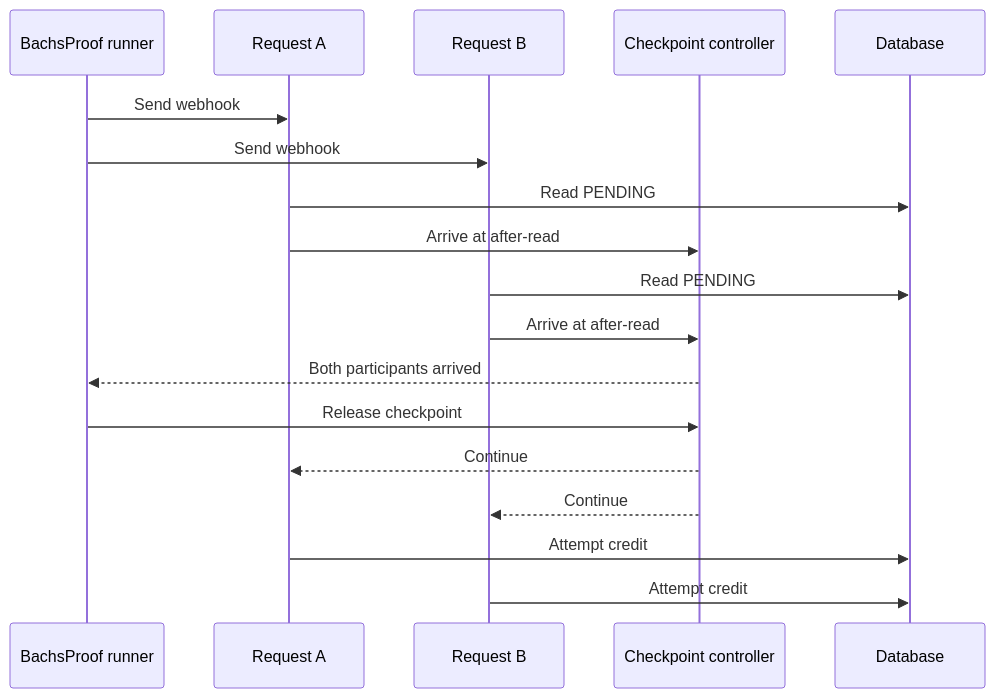
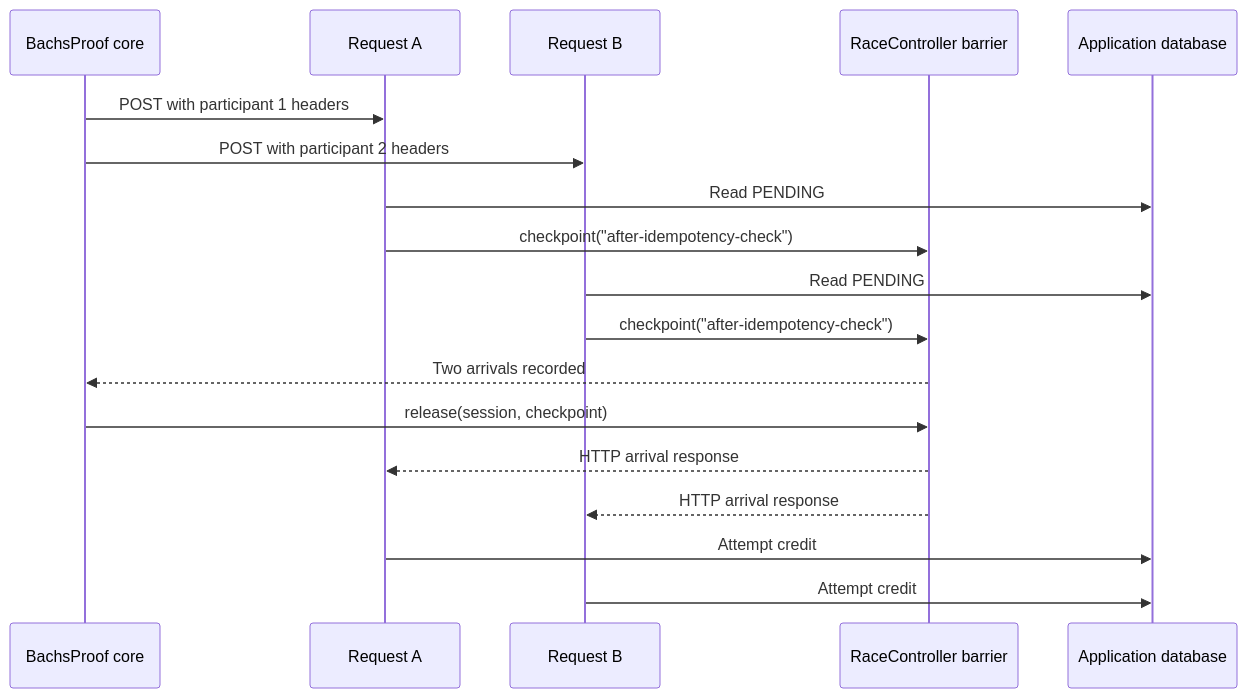
One commit to therealEmma/BachsProof changed the second of 2 diagrams in docs/advanced/controlled-concurrency.mdx. Above: the diagram before and after it, drawn with Mermaid. The commit also changed other lines of this file and 38 other files, not shown here.

````diff
--- a/docs/advanced/controlled-concurrency.mdx
+++ b/docs/advanced/controlled-concurrency.mdx
@@ -35,20 +49,20 @@
 ```mermaid
 sequenceDiagram
-  participant Core as BachsProof runner
+  participant Core as BachsProof core
   participant A as Request A
   participant B as Request B
-  participant C as Checkpoint controller
-  participant DB as Database
-  Core->>A: Send webhook
-  Core->>B: Send webhook
+  participant Gate as RaceController barrier
+  participant DB as Application database
+  Core->>A: POST with participant 1 headers
+  Core->>B: POST with participant 2 headers
   A->>DB: Read PENDING
-  A->>C: Arrive at after-read
+  A->>Gate: checkpoint("after-idempotency-check")
   B->>DB: Read PENDING
-  B->>C: Arrive at after-read
-  C-->>Core: Both participants arrived
-  Core->>C: Release checkpoint
-  C-->>A: Continue
-  C-->>B: Continue
+  B->>Gate: checkpoint("after-idempotency-check")
+  Gate-->>Core: Two arrivals recorded
+  Core->>Gate: release(session, checkpoint)
+  Gate-->>A: HTTP arrival response
+  Gate-->>B: HTTP arrival response
   A->>DB: Attempt credit
   B->>DB: Attempt credit
 ```
````
